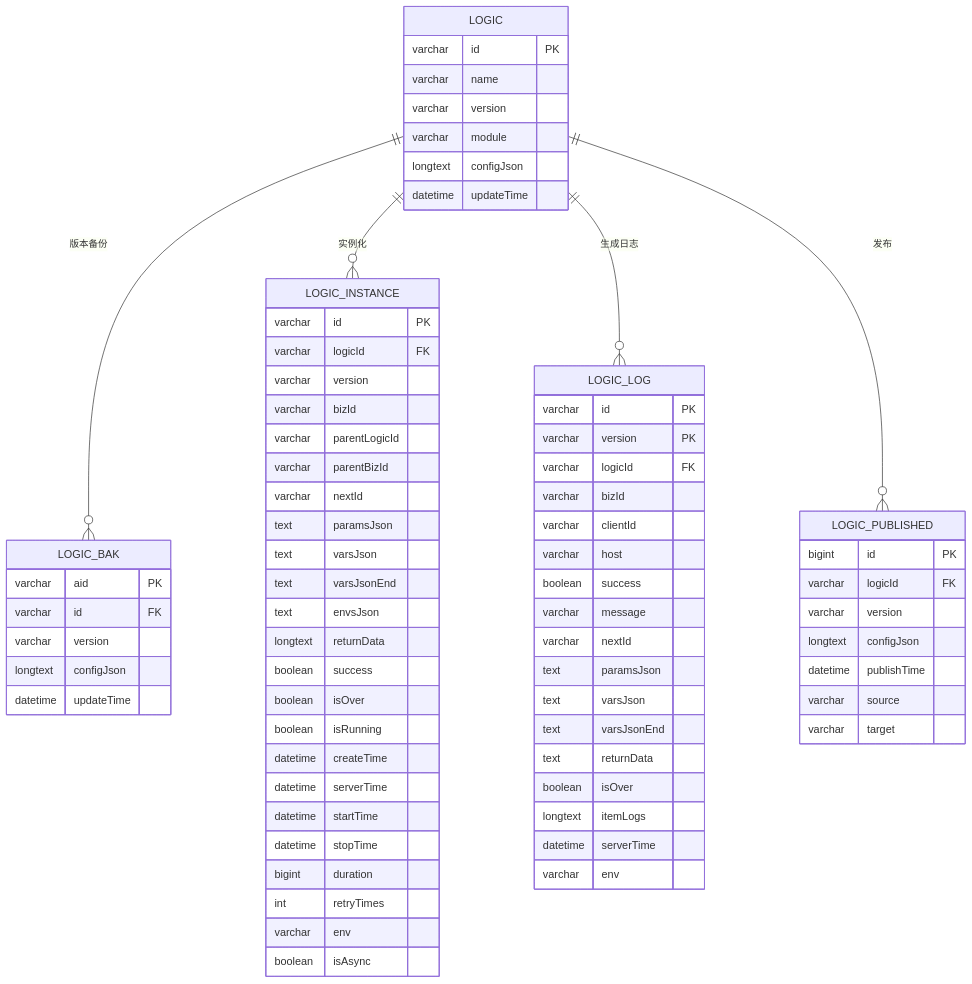
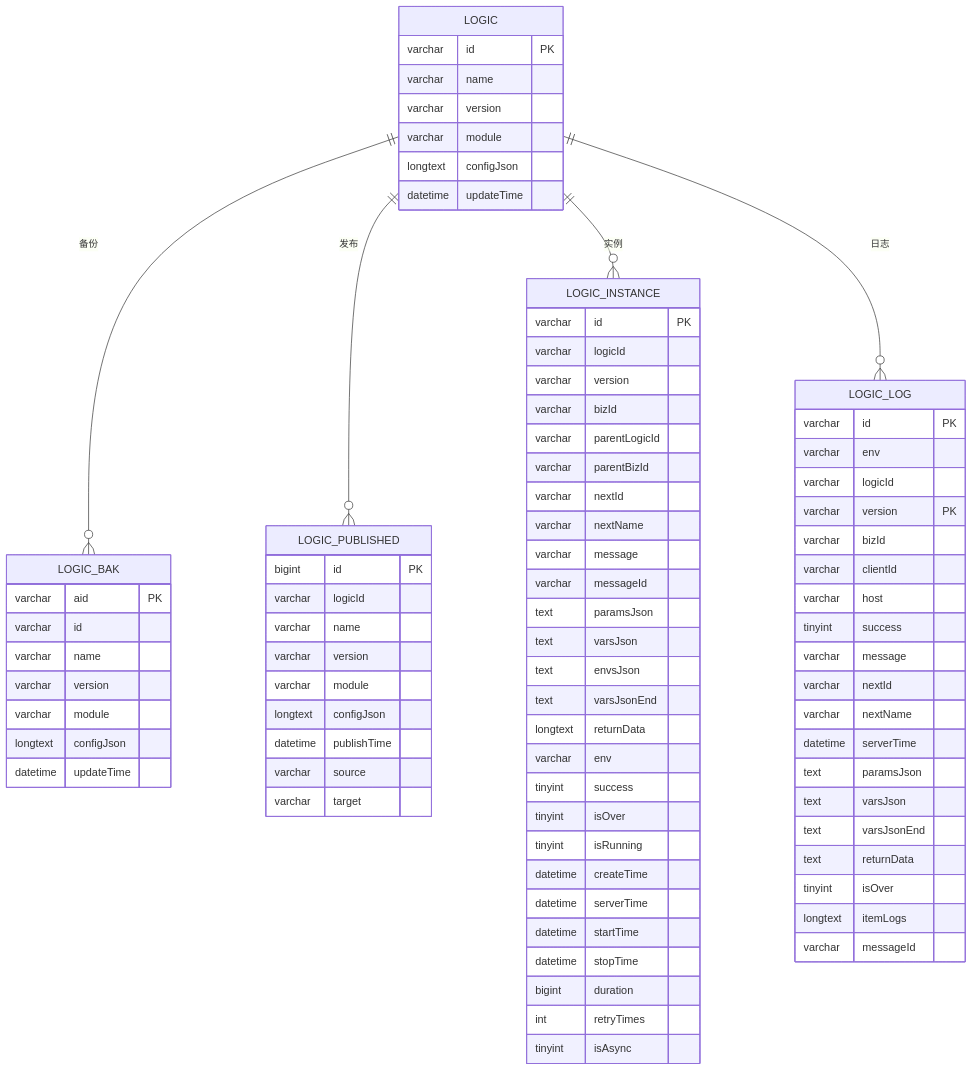
One commit to lk-keep-fighting/logic-solution changed the third of 3 diagrams in .qoder/repowiki/zh/content/数据模型/数据模型.md. Above: the diagram before and after it, drawn with Mermaid. The commit also changed other lines of this file and 104 other files, not shown here.

````diff
--- a/.qoder/repowiki/zh/content/数据模型/数据模型.md
+++ b/.qoder/repowiki/zh/content/数据模型/数据模型.md
@@ -368,66 +282,75 @@
 }
 LOGIC_BAK {
 varchar aid PK
-varchar id FK
+varchar id
+varchar name
 varchar version
+varchar module
 longtext configJson
 datetime updateTime
 }
 LOGIC_INSTANCE {
 varchar id PK
-varchar logicId FK
+varchar logicId
 varchar version
 varchar bizId
 varchar parentLogicId
 varchar parentBizId
 varchar nextId
+varchar nextName
+varchar message
+varchar messageId
 text paramsJson
 text varsJson
+text envsJson
 text varsJsonEnd
-text envsJson
 longtext returnData
-boolean success
-boolean isOver
-boolean isRunning
+varchar env
+tinyint success
+tinyint isOver
+tinyint isRunning
 datetime createTime
 datetime serverTime
 datetime startTime
 datetime stopTime
 bigint duration
 int retryTimes
-varchar env
-boolean isAsync
+tinyint isAsync
 }
 LOGIC_LOG {
 varchar id PK
+varchar env
+varchar logicId
 varchar version PK
-varchar logicId FK
 varchar bizId
 varchar clientId
 varchar host
-boolean success
+tinyint success
 varchar message
 varchar nextId
+varchar nextName
+datetime serverTime
 text paramsJson
 text varsJson
 text varsJsonEnd
 text returnData
-boolean isOver
+tinyint isOver
 longtext itemLogs
-datetime serverTime
-varchar env
+varchar messageId
 }
 LOGIC_PUBLISHED {
 bigint id PK
-varchar logicId FK
+varchar logicId
+varchar name
 varchar version
+varchar module
 longtext configJson
 datetime publishTime
 varchar source
 varchar target
 }
-LOGIC ||--o{ LOGIC_BAK : "版本备份"
-LOGIC ||--o{ LOGIC_INSTANCE : "实例化"
-LOGIC ||--o{ LOGIC_LOG : "生成日志"
+LOGIC ||--o{ LOGIC_BAK : "备份"
 LOGIC ||--o{ LOGIC_PUBLISHED : "发布"
+LOGIC ||--o{ LOGIC_INSTANCE : "实例"
+LOGIC ||--o{ LOGIC_LOG : "日志"
 ```
````
